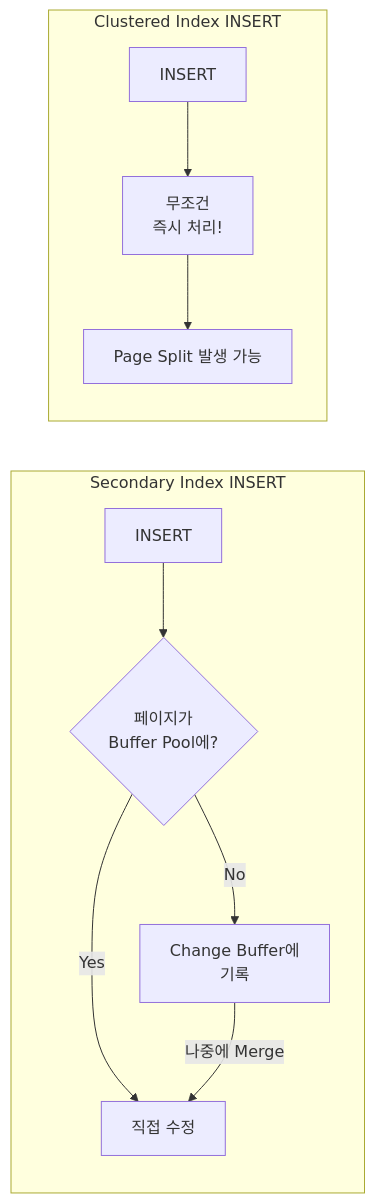
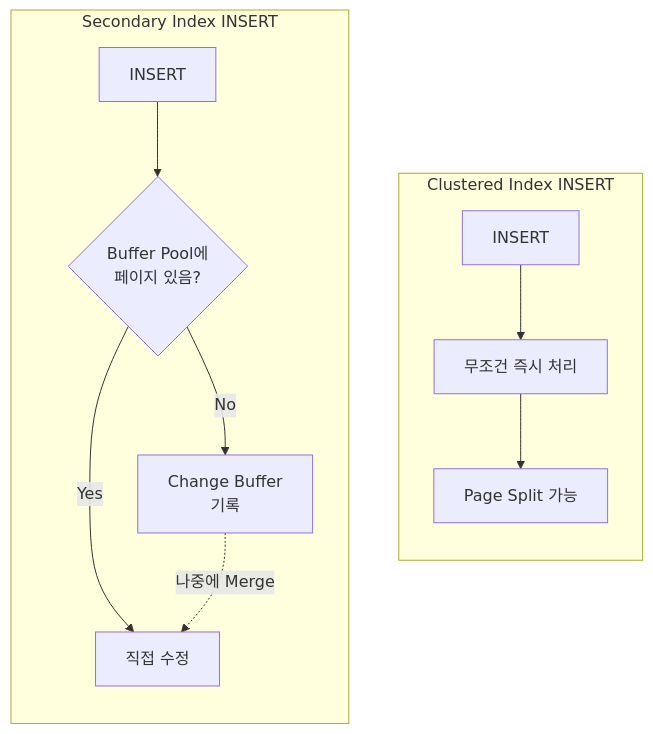
One commit to PreAgile/astro-paper changed diagram 11 of 14 in src/data/blog/ko/mysql-btree-index-page-split-deep-dive.md. Above: the diagram before and after it, drawn with Mermaid. The commit also changed other lines of this file and 17 other files, not shown here.

````diff
--- a/src/data/blog/ko/mysql-btree-index-page-split-deep-dive.md
+++ b/src/data/blog/ko/mysql-btree-index-page-split-deep-dive.md
@@ -381,14 +586,18 @@
 ```mermaid
 graph LR
-    subgraph "Secondary Index INSERT"
-        S1[INSERT] --> S2{페이지가<br/>Buffer Pool에?}
-        S2 -->|No| S3[Change Buffer에<br/>기록]
+    subgraph SEC["Secondary Index INSERT"]
+        direction TB
+        S1[INSERT] --> S2{Buffer Pool에<br/>페이지 있음?}
+        S2 -->|No| S3[Change Buffer<br/>기록]
         S2 -->|Yes| S4[직접 수정]
-        S3 -->|나중에 Merge| S4
+        S3 -.->|"나중에 Merge"| S4
     end
 
-    subgraph "Clustered Index INSERT"
-        C1[INSERT] --> C2[무조건<br/>즉시 처리!]
-        C2 --> C3[Page Split 발생 가능]
+    subgraph CLU["Clustered Index INSERT"]
+        direction TB
+        C1[INSERT] --> C2[무조건 즉시 처리]
+        C2 --> C3[Page Split 가능]
     end
+
+    SEC ~~~ CLU
 ```
````
